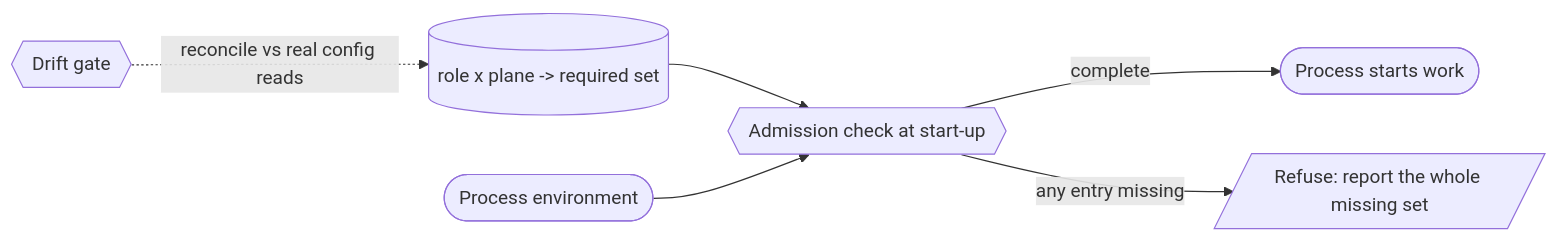
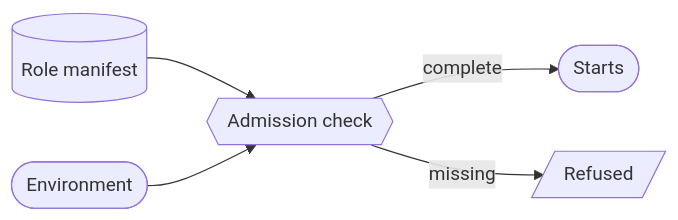
Before and after one commit to davisjam/agent-governance-mechanisms: the diagram in book/appendix-fills/models-bridge/required-config-per-role-manifest.md, drawn with Mermaid. The commit also changed other lines of this file and 21 other files, not shown here.

````diff
--- a/book/appendix-fills/models-bridge/required-config-per-role-manifest.md
+++ b/book/appendix-fills/models-bridge/required-config-per-role-manifest.md
@@ -39,8 +39,7 @@
 ```mermaid
 flowchart LR
-  Manifest[(role x plane -> required set)] --> Admit{{Admission check at start-up}}
-  Env([Process environment]) --> Admit
-  Admit -->|complete| Start([Process starts work])
-  Admit -->|any entry missing| Refuse[/Refuse: report the whole missing set/]
-  Recon{{Drift gate}} -.->|reconcile vs real config reads| Manifest
+  M[(Role manifest)] --> Admit{{Admission check}}
+  Env([Environment]) --> Admit
+  Admit -->|complete| Start([Starts])
+  Admit -->|missing| Refuse[/Refused/]
 ```
````
